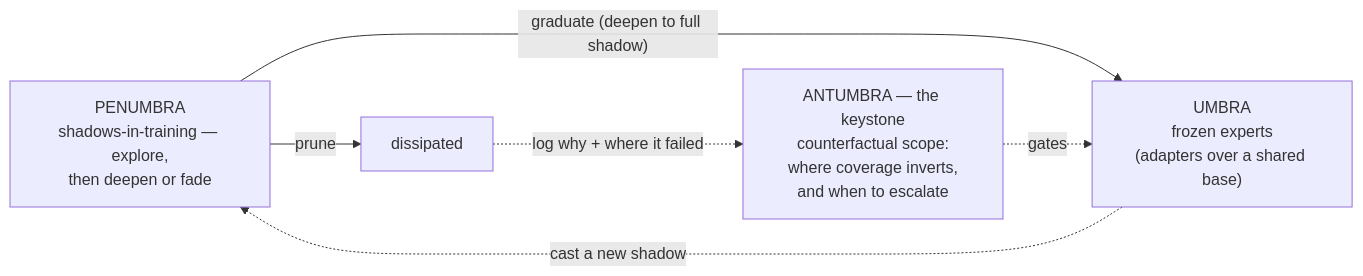
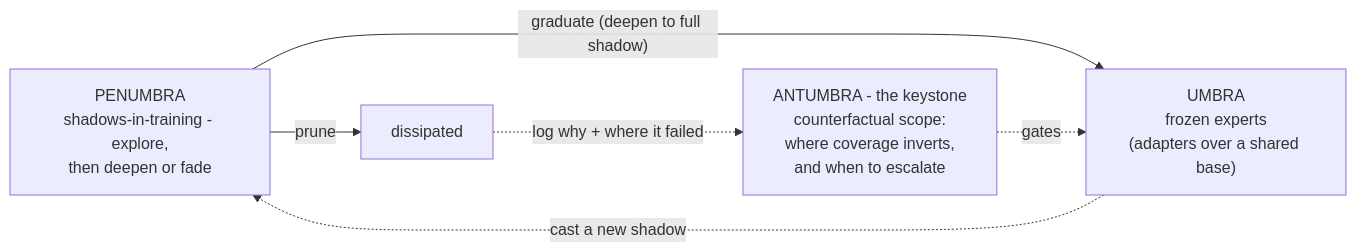
Before and after one commit to albedosehen/antumbra: the first of 15 diagrams in docs/diagrams.md, drawn with Mermaid. The commit also changed other lines of this file and 20 other files, not shown here.

First line of the commit message:
feat(serve): real AcceptabilityProbe (generate-then-verify) for the keystone

````diff
--- a/docs/diagrams.md
+++ b/docs/diagrams.md
@@ -26,8 +26,8 @@
 ```mermaid
 flowchart LR
-    PEN["PENUMBRA<br/>shadows-in-training — explore,<br/>then deepen or fade"] -->|"graduate (deepen to full shadow)"| UMB["UMBRA<br/>frozen experts<br/>(adapters over a shared base)"]
+    PEN["PENUMBRA<br/>shadows-in-training - explore,<br/>then deepen or fade"] -->|"graduate (deepen to full shadow)"| UMB["UMBRA<br/>frozen experts<br/>(adapters over a shared base)"]
     PEN -->|"prune"| X["dissipated"]
     UMB -.->|"cast a new shadow"| PEN
-    ANT["ANTUMBRA — the keystone<br/>counterfactual scope:<br/>where coverage inverts,<br/>and when to escalate"] -.->|"gates"| UMB
+    ANT["ANTUMBRA - the keystone<br/>counterfactual scope:<br/>where coverage inverts,<br/>and when to escalate"] -.->|"gates"| UMB
     X -.->|"log why + where it failed"| ANT
 ```
````
